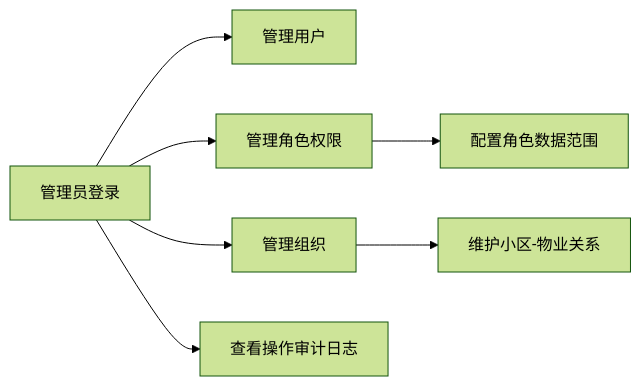
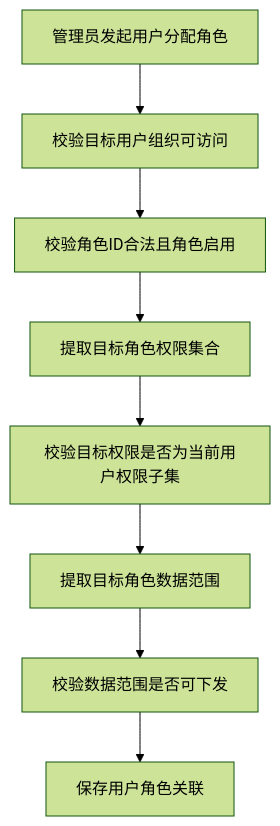
One commit to Palpitate-XQY/GraduationProject changed the second of 2 diagrams in back/community/docs/02-需求分析.md. Above: the diagram before and after it, drawn with Mermaid (forest theme). The commit also changed other lines of this file and 4 other files, not shown here.

````diff
--- a/back/community/docs/02-需求分析.md
+++ b/back/community/docs/02-需求分析.md
@@ -24,9 +55,10 @@
 ```mermaid
-graph LR
-    A["管理员登录"] --> B["管理用户"]
-    A --> C["管理角色权限"]
-    A --> D["管理组织"]
-    C --> E["配置角色数据范围"]
-    D --> F["维护小区-物业关系"]
-    A --> G["查看操作审计日志"]
+flowchart TD
+    A[管理员发起用户分配角色] --> B[校验目标用户组织可访问]
+    B --> C[校验角色ID合法且角色启用]
+    C --> D[提取目标角色权限集合]
+    D --> E[校验目标权限是否为当前用户权限子集]
+    E --> F[提取目标角色数据范围]
+    F --> G[校验数据范围是否可下发]
+    G --> H[保存用户角色关联]
 ```
````
